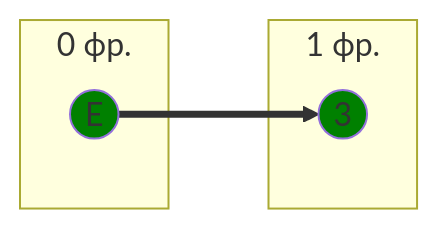
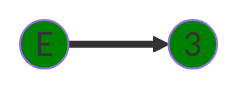
Diagram 11 of 12 in Задание 8/slaaay.md (algos-ris-24-4/manual-tasks), drawn with Mermaid before and after one commit. The commit also changed other lines of this file, not shown here.

````diff
--- a/Задание 8/slaaay.md
+++ b/Задание 8/slaaay.md
@@ -388,13 +331,12 @@
 ```mermaid
 graph LR
-    subgraph " 0 фр."
-        E((E))
-    end
-    subgraph " 1 фр."
-        3((3))
-    end
+    E((E))
+    3((3))
+
+
     E ==> 3 
+    
 
     style E fill:#008000
     style 3 fill:#008000
 ```
````
